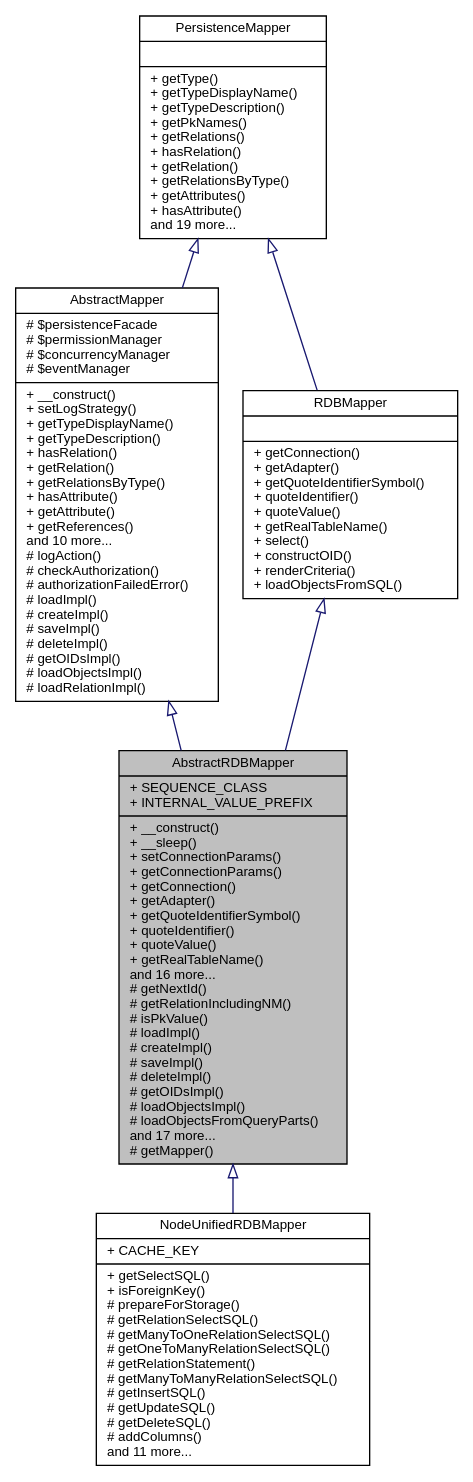
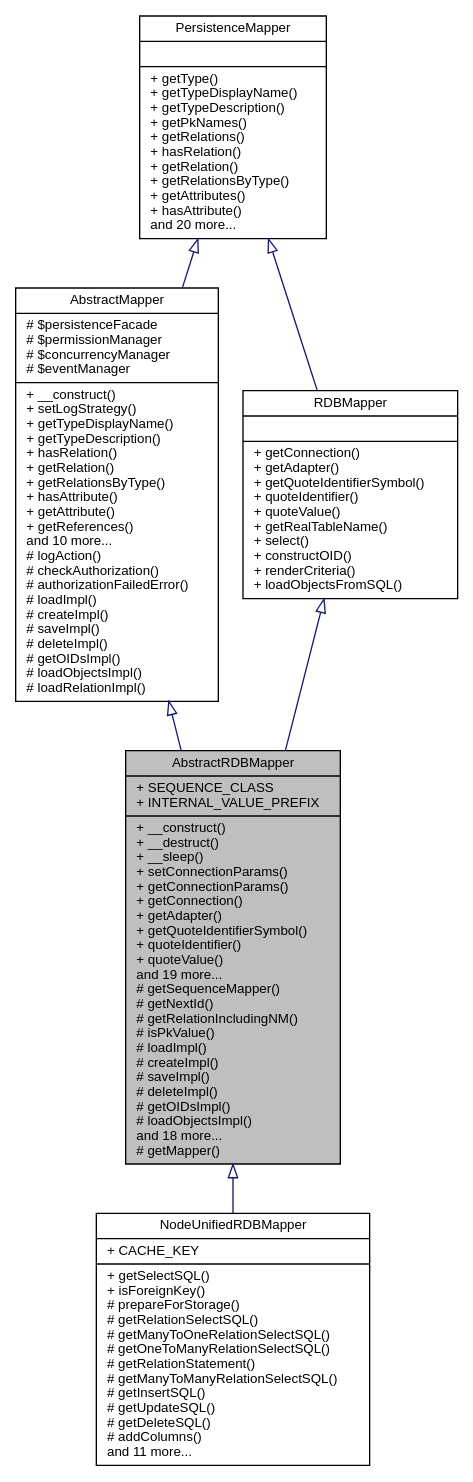
The diagram in classwcmf_1_1lib_1_1model_1_1mapper_1_1impl_1_1_abstract_r_d_b_mapper__inherit__graph.dot (eherwig/wcmf), drawn with Graphviz before and after one commit. The commit also changed 1044 other files, not shown here.

```diff
--- a/classwcmf_1_1lib_1_1model_1_1mapper_1_1impl_1_1_abstract_r_d_b_mapper__inherit__graph.dot
+++ b/classwcmf_1_1lib_1_1model_1_1mapper_1_1impl_1_1_abstract_r_d_b_mapper__inherit__graph.dot
@@ -1,15 +1,15 @@
 digraph "AbstractRDBMapper"
 {
   edge [fontname="Helvetica",fontsize="10",labelfontname="Helvetica",labelfontsize="10"];
   node [fontname="Helvetica",fontsize="10",shape=record];
-  Node0 [label="{AbstractRDBMapper\n|+ SEQUENCE_CLASS\l+ INTERNAL_VALUE_PREFIX\l|+ __construct()\l+ __sleep()\l+ setConnectionParams()\l+ getConnectionParams()\l+ getConnection()\l+ getAdapter()\l+ getQuoteIdentifierSymbol()\l+ quoteIdentifier()\l+ quoteValue()\l+ getRealTableName()\land 16 more...\l# getNextId()\l# getRelationIncludingNM()\l# isPkValue()\l# loadImpl()\l# createImpl()\l# saveImpl()\l# deleteImpl()\l# getOIDsImpl()\l# loadObjectsImpl()\l# loadObjectsFromQueryParts()\land 17 more...\l# getMapper()\l}",height=0.2,width=0.4,color="black", fillcolor="grey75", style="filled", fontcolor="black"];
+  Node0 [label="{AbstractRDBMapper\n|+ SEQUENCE_CLASS\l+ INTERNAL_VALUE_PREFIX\l|+ __construct()\l+ __destruct()\l+ __sleep()\l+ setConnectionParams()\l+ getConnectionParams()\l+ getConnection()\l+ getAdapter()\l+ getQuoteIdentifierSymbol()\l+ quoteIdentifier()\l+ quoteValue()\land 19 more...\l# getSequenceMapper()\l# getNextId()\l# getRelationIncludingNM()\l# isPkValue()\l# loadImpl()\l# createImpl()\l# saveImpl()\l# deleteImpl()\l# getOIDsImpl()\l# loadObjectsImpl()\land 18 more...\l# getMapper()\l}",height=0.2,width=0.4,color="black", fillcolor="grey75", style="filled", fontcolor="black"];
   Node1 -> Node0 [dir="back",color="midnightblue",fontsize="10",style="solid",arrowtail="onormal",fontname="Helvetica"];
   Node1 [label="{AbstractMapper\n|# $persistenceFacade\l# $permissionManager\l# $concurrencyManager\l# $eventManager\l|+ __construct()\l+ setLogStrategy()\l+ getTypeDisplayName()\l+ getTypeDescription()\l+ hasRelation()\l+ getRelation()\l+ getRelationsByType()\l+ hasAttribute()\l+ getAttribute()\l+ getReferences()\land 10 more...\l# logAction()\l# checkAuthorization()\l# authorizationFailedError()\l# loadImpl()\l# createImpl()\l# saveImpl()\l# deleteImpl()\l# getOIDsImpl()\l# loadObjectsImpl()\l# loadRelationImpl()\l}",height=0.2,width=0.4,color="black", fillcolor="white", style="filled",URL="$classwcmf_1_1lib_1_1persistence_1_1impl_1_1_abstract_mapper.html",tooltip="AbstractMapper provides a basic implementation for other mapper classes. "];
   Node2 -> Node1 [dir="back",color="midnightblue",fontsize="10",style="solid",arrowtail="onormal",fontname="Helvetica"];
-  Node2 [label="{PersistenceMapper\n||+ getType()\l+ getTypeDisplayName()\l+ getTypeDescription()\l+ getPkNames()\l+ getRelations()\l+ hasRelation()\l+ getRelation()\l+ getRelationsByType()\l+ getAttributes()\l+ hasAttribute()\land 19 more...\l}",height=0.2,width=0.4,color="black", fillcolor="white", style="filled",URL="$interfacewcmf_1_1lib_1_1persistence_1_1_persistence_mapper.html",tooltip="PersistenceMapper defines the interface for all mapper classes. "];
+  Node2 [label="{PersistenceMapper\n||+ getType()\l+ getTypeDisplayName()\l+ getTypeDescription()\l+ getPkNames()\l+ getRelations()\l+ hasRelation()\l+ getRelation()\l+ getRelationsByType()\l+ getAttributes()\l+ hasAttribute()\land 20 more...\l}",height=0.2,width=0.4,color="black", fillcolor="white", style="filled",URL="$interfacewcmf_1_1lib_1_1persistence_1_1_persistence_mapper.html",tooltip="PersistenceMapper defines the interface for all mapper classes. "];
   Node3 -> Node0 [dir="back",color="midnightblue",fontsize="10",style="solid",arrowtail="onormal",fontname="Helvetica"];
   Node3 [label="{RDBMapper\n||+ getConnection()\l+ getAdapter()\l+ getQuoteIdentifierSymbol()\l+ quoteIdentifier()\l+ quoteValue()\l+ getRealTableName()\l+ select()\l+ constructOID()\l+ renderCriteria()\l+ loadObjectsFromSQL()\l}",height=0.2,width=0.4,color="black", fillcolor="white", style="filled",URL="$interfacewcmf_1_1lib_1_1model_1_1mapper_1_1_r_d_b_mapper.html",tooltip="RDBMapper defines the interface for mapper classes that map to relational databases. "];
   Node2 -> Node3 [dir="back",color="midnightblue",fontsize="10",style="solid",arrowtail="onormal",fontname="Helvetica"];
   Node0 -> Node4 [dir="back",color="midnightblue",fontsize="10",style="solid",arrowtail="onormal",fontname="Helvetica"];
   Node4 [label="{NodeUnifiedRDBMapper\n|+ CACHE_KEY\l|+ getSelectSQL()\l+ isForeignKey()\l# prepareForStorage()\l# getRelationSelectSQL()\l# getManyToOneRelationSelectSQL()\l# getOneToManyRelationSelectSQL()\l# getRelationStatement()\l# getManyToManyRelationSelectSQL()\l# getInsertSQL()\l# getUpdateSQL()\l# getDeleteSQL()\l# addColumns()\land 11 more...\l}",height=0.2,width=0.4,color="black", fillcolor="white", style="filled",URL="$classwcmf_1_1lib_1_1model_1_1mapper_1_1impl_1_1_node_unified_r_d_b_mapper.html",tooltip="NodeUnifiedRDBMapper maps Node objects to a relational database schema where each Node type has its o..."];
 }
```
